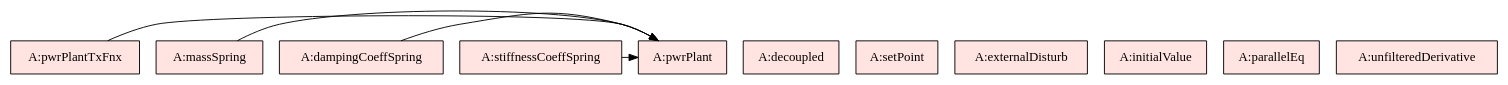
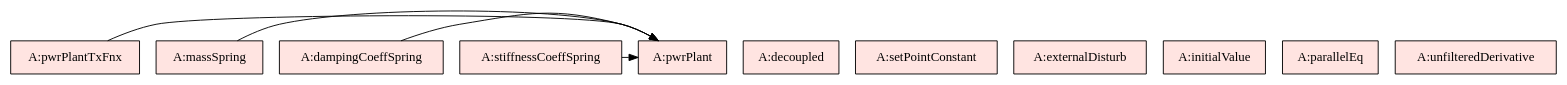
The diagram in code/stable/pdcontroller/TraceyGraph/avsa.dot (JacquesCarette/Drasil), drawn with Graphviz before and after one commit. The commit also changed 11 other files, not shown here.

First line of the commit message:
#2873 : PDController: Give setPoint system assumption a unique UID.

```diff
--- a/code/stable/pdcontroller/TraceyGraph/avsa.dot
+++ b/code/stable/pdcontroller/TraceyGraph/avsa.dot
@@ -1,25 +1,25 @@
 digraph avsa {
 	pwrPlantTxFnx -> pwrPlant;
 	massSpring -> pwrPlant;
 	dampingCoeffSpring -> pwrPlant;
 	stiffnessCoeffSpring -> pwrPlant;
 
 
 	pwrPlant	[shape=box, color=black, style=filled, fillcolor=mistyrose, label="A:pwrPlant"];
 	decoupled	[shape=box, color=black, style=filled, fillcolor=mistyrose, label="A:decoupled"];
-	setPoint	[shape=box, color=black, style=filled, fillcolor=mistyrose, label="A:setPoint"];
+	setPointConstant	[shape=box, color=black, style=filled, fillcolor=mistyrose, label="A:setPointConstant"];
 	externalDisturb	[shape=box, color=black, style=filled, fillcolor=mistyrose, label="A:externalDisturb"];
 	initialValue	[shape=box, color=black, style=filled, fillcolor=mistyrose, label="A:initialValue"];
 	parallelEq	[shape=box, color=black, style=filled, fillcolor=mistyrose, label="A:parallelEq"];
 	unfilteredDerivative	[shape=box, color=black, style=filled, fillcolor=mistyrose, label="A:unfilteredDerivative"];
 	pwrPlantTxFnx	[shape=box, color=black, style=filled, fillcolor=mistyrose, label="A:pwrPlantTxFnx"];
 	massSpring	[shape=box, color=black, style=filled, fillcolor=mistyrose, label="A:massSpring"];
 	dampingCoeffSpring	[shape=box, color=black, style=filled, fillcolor=mistyrose, label="A:dampingCoeffSpring"];
 	stiffnessCoeffSpring	[shape=box, color=black, style=filled, fillcolor=mistyrose, label="A:stiffnessCoeffSpring"];
 
 	subgraph A {
 	rank="same"
-	{pwrPlant, decoupled, setPoint, externalDisturb, initialValue, parallelEq, unfilteredDerivative, pwrPlantTxFnx, massSpring, dampingCoeffSpring, stiffnessCoeffSpring}
+	{pwrPlant, decoupled, setPointConstant, externalDisturb, initialValue, parallelEq, unfilteredDerivative, pwrPlantTxFnx, massSpring, dampingCoeffSpring, stiffnessCoeffSpring}
 	}
 
 }
```
